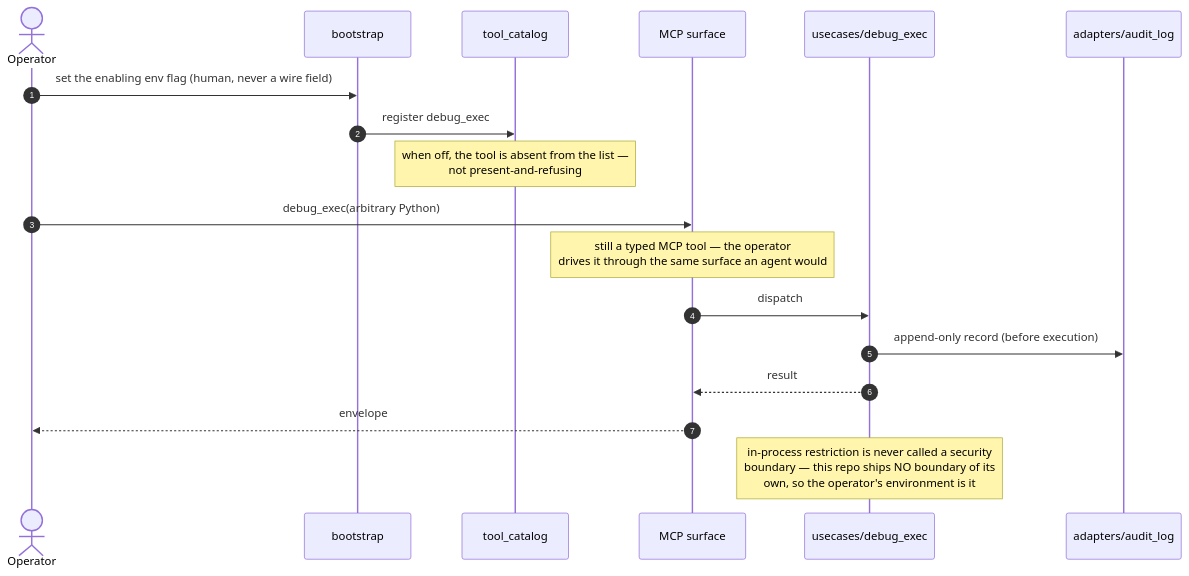
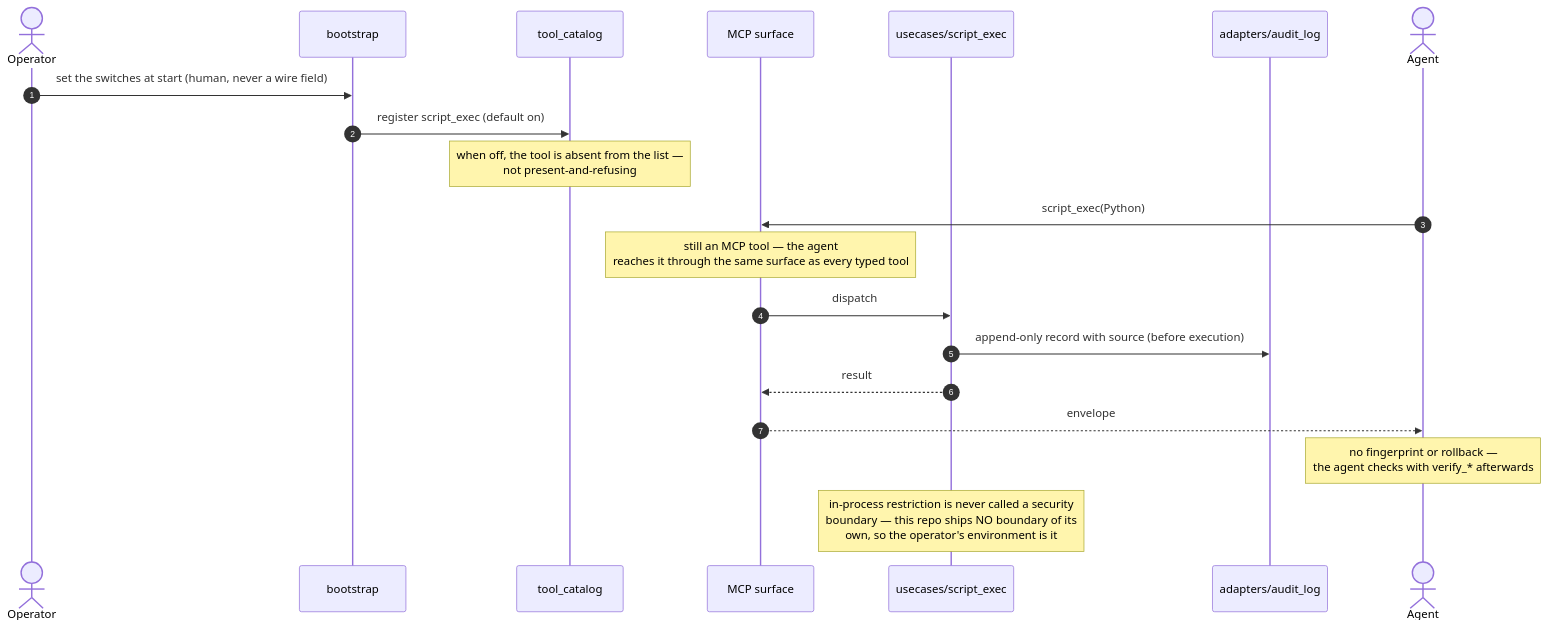
Before and after one commit to robotics-playground/freecad-buddy: the ninth of 9 diagrams in _bmad-output/planning-artifacts/architecture/architecture-freecad-buddy-2026-07-21/design/sequence-diagrams.md, drawn with Mermaid. The commit also changed other lines of this file and 12 other files, not shown here.

First line of the commit message:
docs(architecture): make script_exec an official tool, on by default

````diff
--- a/_bmad-output/planning-artifacts/architecture/architecture-freecad-buddy-2026-07-21/design/sequence-diagrams.md
+++ b/_bmad-output/planning-artifacts/architecture/architecture-freecad-buddy-2026-07-21/design/sequence-diagrams.md
@@ -450,21 +450,23 @@
 ```mermaid
 sequenceDiagram
   autonumber
   actor Operator
   participant Boot as bootstrap
   participant Cat as tool_catalog
   participant MCP as MCP surface
-  participant U as usecases/debug_exec
+  participant U as usecases/script_exec
   participant Audit as adapters/audit_log
+  actor Agent
 
-  Operator->>Boot: set the enabling env flag (human, never a wire field)
-  Boot->>Cat: register debug_exec
+  Operator->>Boot: set the switches at start (human, never a wire field)
+  Boot->>Cat: register script_exec (default on)
   Note over Cat: when off, the tool is absent from the list —<br/>not present-and-refusing
-  Operator->>MCP: debug_exec(arbitrary Python)
-  Note over MCP: still a typed MCP tool — the operator<br/>drives it through the same surface an agent would
+  Agent->>MCP: script_exec(Python)
+  Note over MCP: still an MCP tool — the agent<br/>reaches it through the same surface as every typed tool
   MCP->>U: dispatch
-  U->>Audit: append-only record (before execution)
+  U->>Audit: append-only record with source (before execution)
   U-->>MCP: result
-  MCP-->>Operator: envelope
+  MCP-->>Agent: envelope
+  Note over Agent: no fingerprint or rollback —<br/>the agent checks with verify_* afterwards
   Note over U: in-process restriction is never called a security<br/>boundary — this repo ships NO boundary of its<br/>own, so the operator's environment is it
 ```
````
